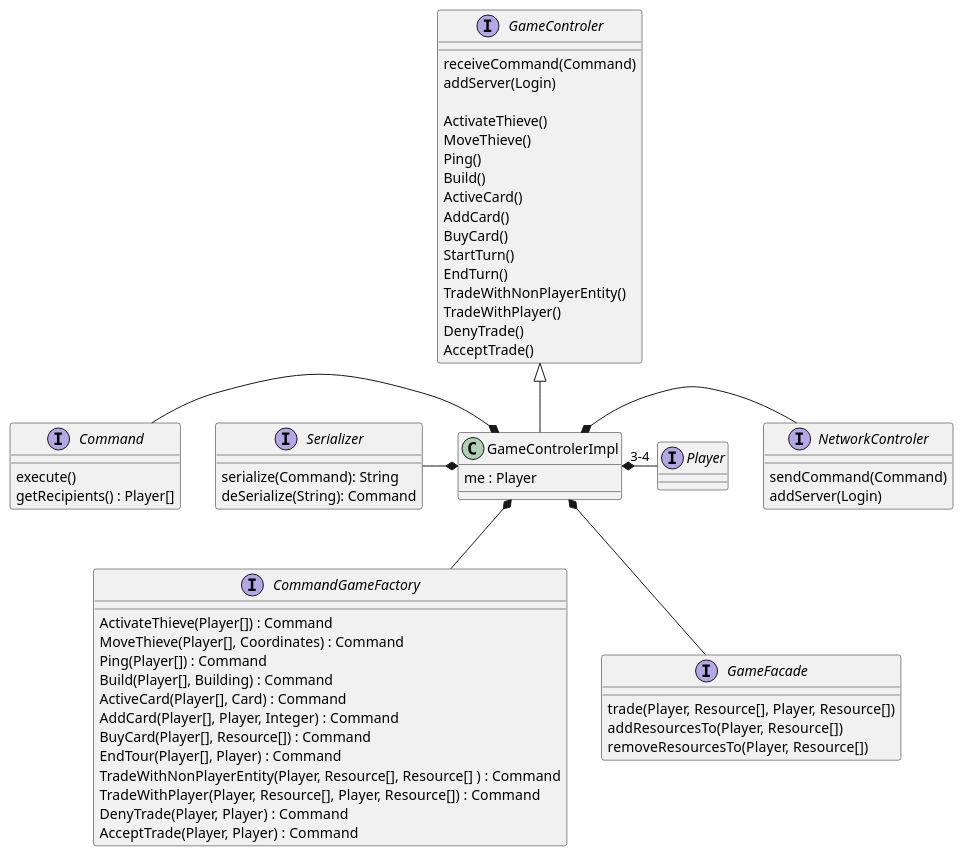
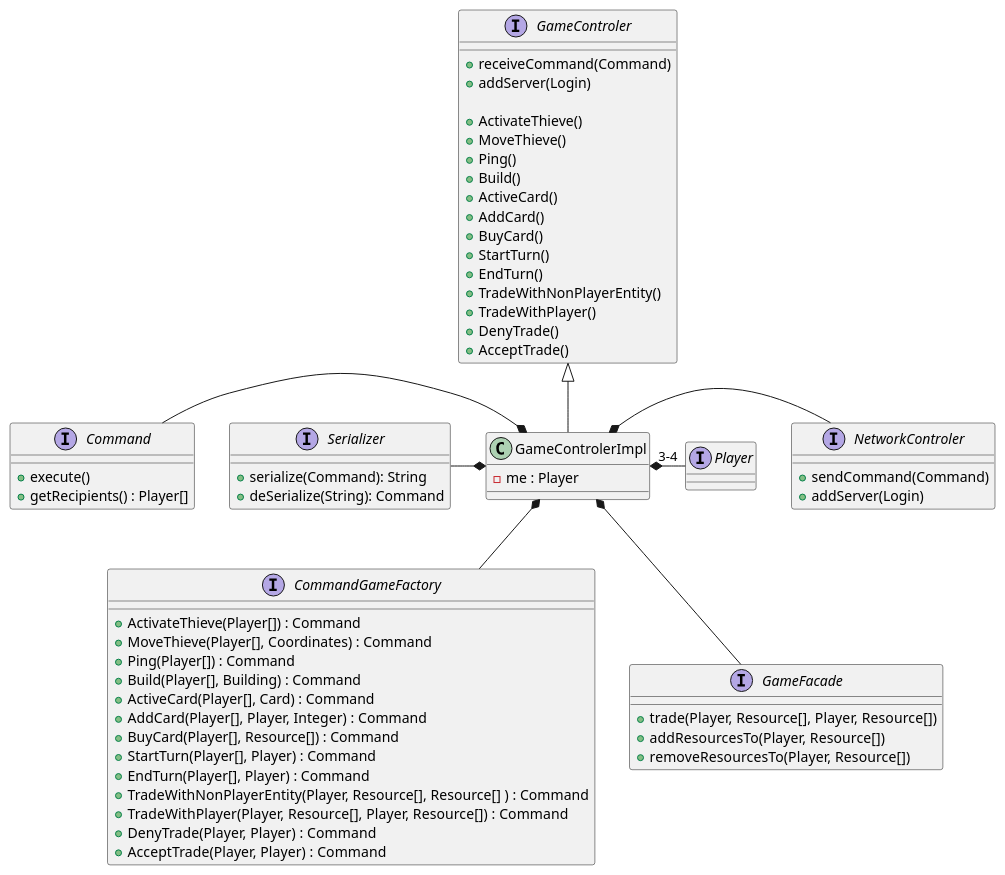
One commit to theray1/Les-Colons-De-Catane changed the diagram in catan-doc/modules/conception/pages/classDiagramGameControlerClient.plantuml. Above: the diagram before and after it, drawn with PlantUML. The commit also changed 4 other files, not shown here.

```diff
--- a/catan-doc/modules/conception/pages/classDiagramGameControlerClient.plantuml
+++ b/catan-doc/modules/conception/pages/classDiagramGameControlerClient.plantuml
@@ -1,72 +1,73 @@
 @startuml
 
 interface GameControler{
-	receiveCommand(Command)
-	addServer(Login)
+	+receiveCommand(Command)
+	+addServer(Login)
 	
-	ActivateThieve()
-	MoveThieve()
-	Ping()
-	Build()
-	ActiveCard()
-	AddCard()
-	BuyCard()
-	StartTurn()
-	EndTurn()
-	TradeWithNonPlayerEntity()
-	TradeWithPlayer()
-	DenyTrade()
-	AcceptTrade()
+	+ActivateThieve()
+	+MoveThieve()
+	+Ping()
+	+Build()
+	+ActiveCard()
+	+AddCard()
+	+BuyCard()
+	+StartTurn()
+	+EndTurn()
+	+TradeWithNonPlayerEntity()
+	+TradeWithPlayer()
+	+DenyTrade()
+	+AcceptTrade()
 }
 
 
 interface Command {
-    execute()
-    getRecipients() : Player[]
+    +execute()
+    +getRecipients() : Player[]
 }
 
 interface Serializer {
-    serialize(Command): String
-    deSerialize(String): Command
+    +serialize(Command): String
+    +deSerialize(String): Command
 }
 
 interface NetworkControler {
-	sendCommand(Command)
-	addServer(Login)
+	+sendCommand(Command)
+	+addServer(Login)
 }
 
 interface CommandGameFactory {
-	ActivateThieve(Player[]) : Command
-	MoveThieve(Player[], Coordinates) : Command
-	Ping(Player[]) : Command
-	Build(Player[], Building) : Command
-	ActiveCard(Player[], Card) : Command
-	AddCard(Player[], Player, Integer) : Command
-	BuyCard(Player[], Resource[]) : Command
-	EndTour(Player[], Player) : Command
-	TradeWithNonPlayerEntity(Player, Resource[], Resource[] ) : Command
-	TradeWithPlayer(Player, Resource[], Player, Resource[]) : Command
-	DenyTrade(Player, Player) : Command
-	AcceptTrade(Player, Player) : Command
+	+ActivateThieve(Player[]) : Command
+	+MoveThieve(Player[], Coordinates) : Command
+	+Ping(Player[]) : Command
+	+Build(Player[], Building) : Command
+	+ActiveCard(Player[], Card) : Command
+	+AddCard(Player[], Player, Integer) : Command
+	+BuyCard(Player[], Resource[]) : Command
+	+StartTurn(Player[], Player) : Command
+	+EndTurn(Player[], Player) : Command
+	+TradeWithNonPlayerEntity(Player, Resource[], Resource[] ) : Command
+	+TradeWithPlayer(Player, Resource[], Player, Resource[]) : Command
+	+DenyTrade(Player, Player) : Command
+	+AcceptTrade(Player, Player) : Command
 }
 
 interface Player{}
 interface GameFacade {
-	trade(Player, Resource[], Player, Resource[])
-	addResourcesTo(Player, Resource[])
-	removeResourcesTo(Player, Resource[])
+	+trade(Player, Resource[], Player, Resource[])
+	+addResourcesTo(Player, Resource[])
+	+removeResourcesTo(Player, Resource[])
 }
 
 class GameControlerImpl{
-	me : Player
+	-me : Player
 }
 
 GameControler <|-down- GameControlerImpl
 GameControlerImpl *-down- CommandGameFactory
 GameControlerImpl *-right- NetworkControler
 GameControlerImpl *-down- GameFacade
 GameControlerImpl *-left- Serializer
 GameControlerImpl *-right- "3-4" Player
 GameControlerImpl *-left- Command
 
 @enduml
```
